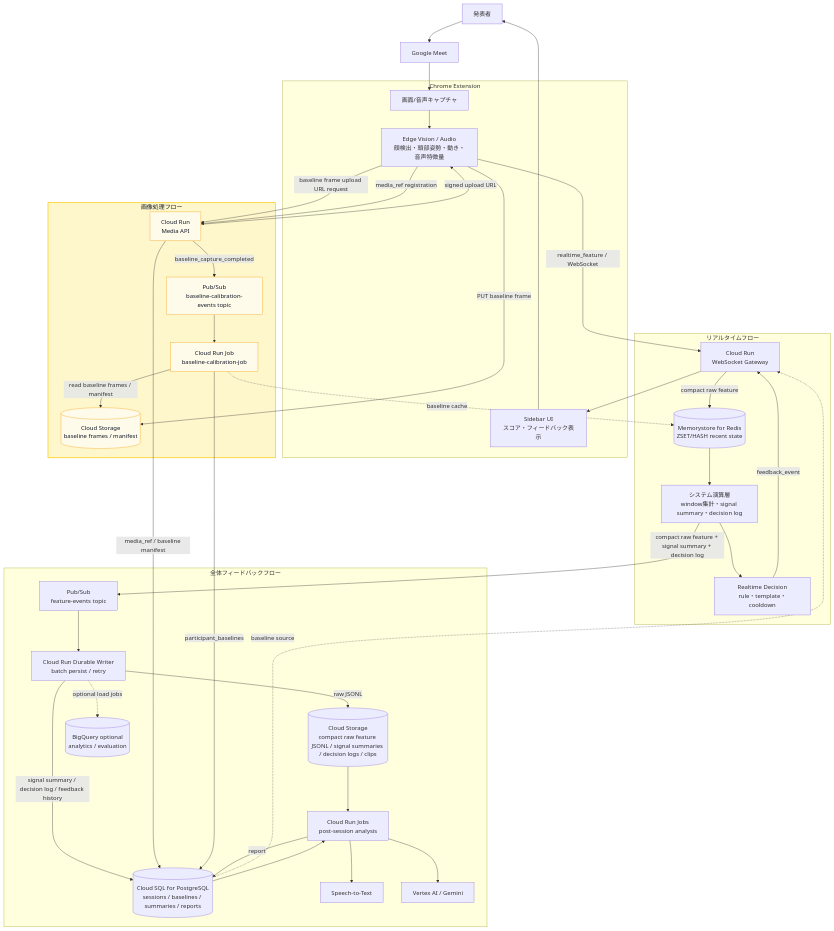
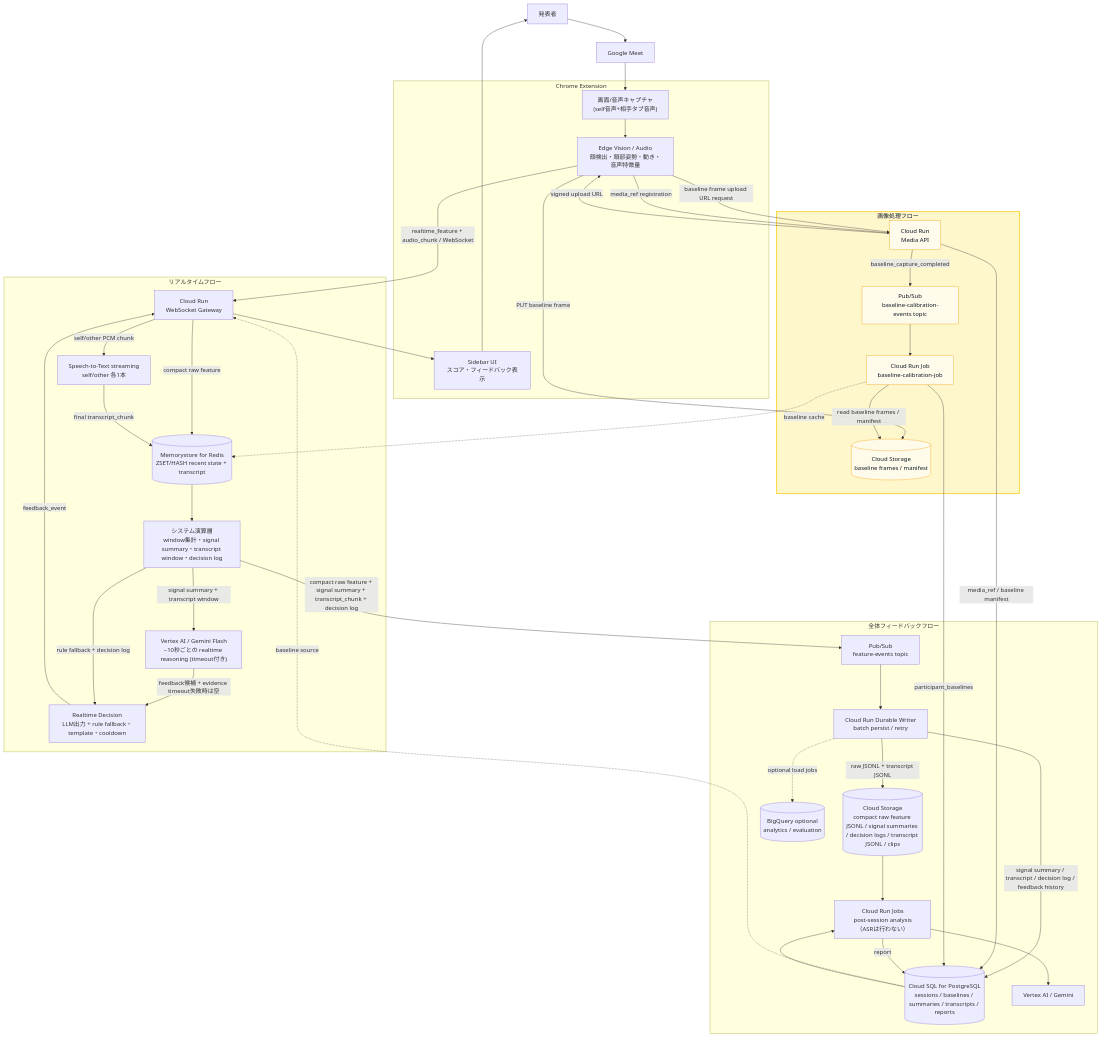
The first of 2 diagrams in architecture.md (k-kanke/reaction-engine), drawn with Mermaid before and after one commit. The commit also changed other lines of this file and 1 other file, not shown here.

````diff
--- a/architecture.md
+++ b/architecture.md
@@ -44,76 +45,80 @@
 ```mermaid
 flowchart TB
   presenter["発表者"]
   meet["Google Meet"]
 
   subgraph extension["Chrome Extension"]
-    capture["画面/音声キャプチャ"]
+    capture["画面/音声キャプチャ<br/>(self音声+相手タブ音声)"]
     edge["Edge Vision / Audio<br/>顔検出・頭部姿勢・動き・音声特徴量"]
     sidebar["Sidebar UI<br/>スコア・フィードバック表示"]
   end
 
   subgraph realtime["リアルタイムフロー"]
     gateway["Cloud Run<br/>WebSocket Gateway"]
-    redis[("Memorystore for Redis<br/>ZSET/HASH recent state")]
-    systemCompute["システム演算層<br/>window集計・signal summary・decision log"]
-    decision["Realtime Decision<br/>rule・template・cooldown"]
+    sttStream["Speech-to-Text streaming<br/>self/other 各1本"]
+    redis[("Memorystore for Redis<br/>ZSET/HASH recent state + transcript")]
+    systemCompute["システム演算層<br/>window集計・signal summary・transcript window・decision log"]
+    llmRealtime["Vertex AI / Gemini Flash<br/>~10秒ごとの realtime reasoning (timeout付き)"]
+    decision["Realtime Decision<br/>LLM出力 + rule fallback・template・cooldown"]
   end
 
   subgraph durable["全体フィードバックフロー"]
     pubsub["Pub/Sub<br/>feature-events topic"]
     writer["Cloud Run Durable Writer<br/>batch persist / retry"]
-    storage[("Cloud Storage<br/>compact raw feature JSONL / signal summaries / decision logs / clips")]
-    cloudsql[("Cloud SQL for PostgreSQL<br/>sessions / baselines / summaries / reports")]
-    jobs["Cloud Run Jobs<br/>post-session analysis"]
-    stt["Speech-to-Text"]
+    storage[("Cloud Storage<br/>compact raw feature JSONL / signal summaries / decision logs / transcript JSONL / clips")]
+    cloudsql[("Cloud SQL for PostgreSQL<br/>sessions / baselines / summaries / transcripts / reports")]
+    jobs["Cloud Run Jobs<br/>post-session analysis（ASRは行わない）"]
     vertex["Vertex AI / Gemini"]
     bq[("BigQuery optional<br/>analytics / evaluation")]
   end
 
   subgraph baselineImage["画像処理フロー"]
     mediaApi["Cloud Run<br/>Media API"]
     baselineStorage[("Cloud Storage<br/>baseline frames / manifest")]
     baselinePubsub["Pub/Sub<br/>baseline-calibration-events topic"]
     baselineJob["Cloud Run Job<br/>baseline-calibration-job"]
   end
 
   presenter --> meet
   meet --> capture
   capture --> edge
-  edge -->|realtime_feature / WebSocket| gateway
+  edge -->|realtime_feature + audio_chunk / WebSocket| gateway
 
   gateway -->|compact raw feature| redis
+  gateway -->|self/other PCM chunk| sttStream
+  sttStream -->|final transcript_chunk| redis
   redis --> systemCompute
-  systemCompute --> decision
+  systemCompute -->|signal summary + transcript window| llmRealtime
+  llmRealtime -->|feedback候補 + evidence timeout失敗時は空| decision
+  systemCompute -->|rule fallback + decision log| decision
   decision -->|feedback_event| gateway
   gateway --> sidebar
   sidebar --> presenter
 
-  systemCompute -->|compact raw feature + signal summary + decision log| pubsub
+  systemCompute -->|compact raw feature + signal summary + transcript_chunk + decision log| pubsub
   pubsub --> writer
-  writer -->|raw JSONL| storage
-  writer -->|signal summary / decision log / feedback history| cloudsql
+  writer -->|raw JSONL + transcript JSONL| storage
+  writer -->|signal summary / transcript / decision log / feedback history| cloudsql
   writer -.->|optional load jobs| bq
 
   edge -->|baseline frame upload URL request| mediaApi
   mediaApi -->|signed upload URL| edge
   edge -->|PUT baseline frame| baselineStorage
   edge -->|media_ref registration| mediaApi
   mediaApi -->|media_ref / baseline manifest| cloudsql
   mediaApi -->|baseline_capture_completed| baselinePubsub
   baselinePubsub --> baselineJob
   baselineJob -->|read baseline frames / manifest| baselineStorage
   baselineJob -->|participant_baselines| cloudsql
   baselineJob -.->|baseline cache| redis
   cloudsql -.->|baseline source| gateway
 
   storage --> jobs
   cloudsql --> jobs
-  jobs --> stt
   jobs --> vertex
   jobs -->|report| cloudsql
 
   style baselineImage fill:#fff7cc,stroke:#facc15,stroke-width:2px,color:#111827
   classDef baselineNode fill:#fffbeb,stroke:#f59e0b,stroke-width:1px,color:#111827
   class mediaApi,baselineStorage,baselinePubsub,baselineJob baselineNode
 ```
````
